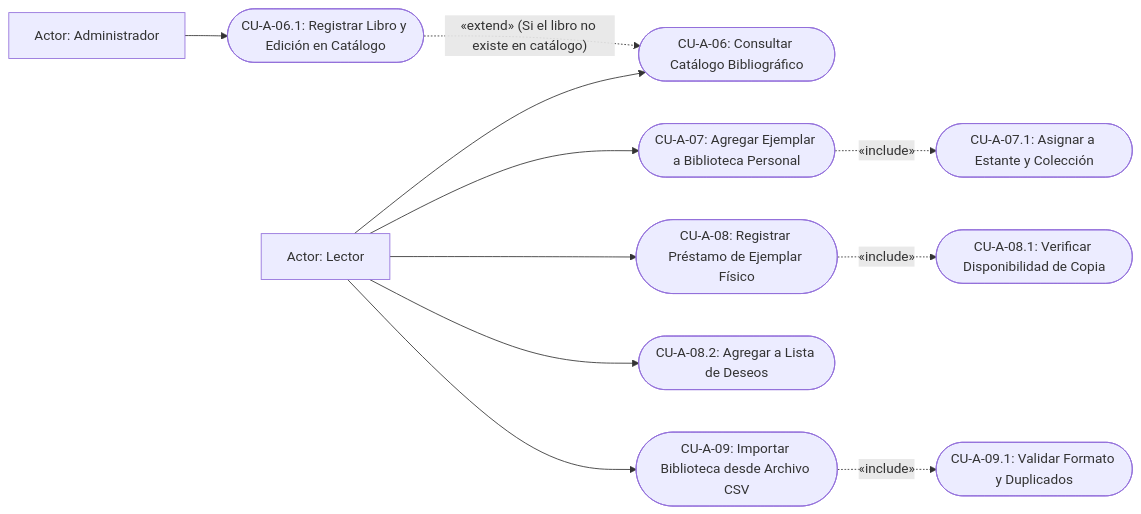
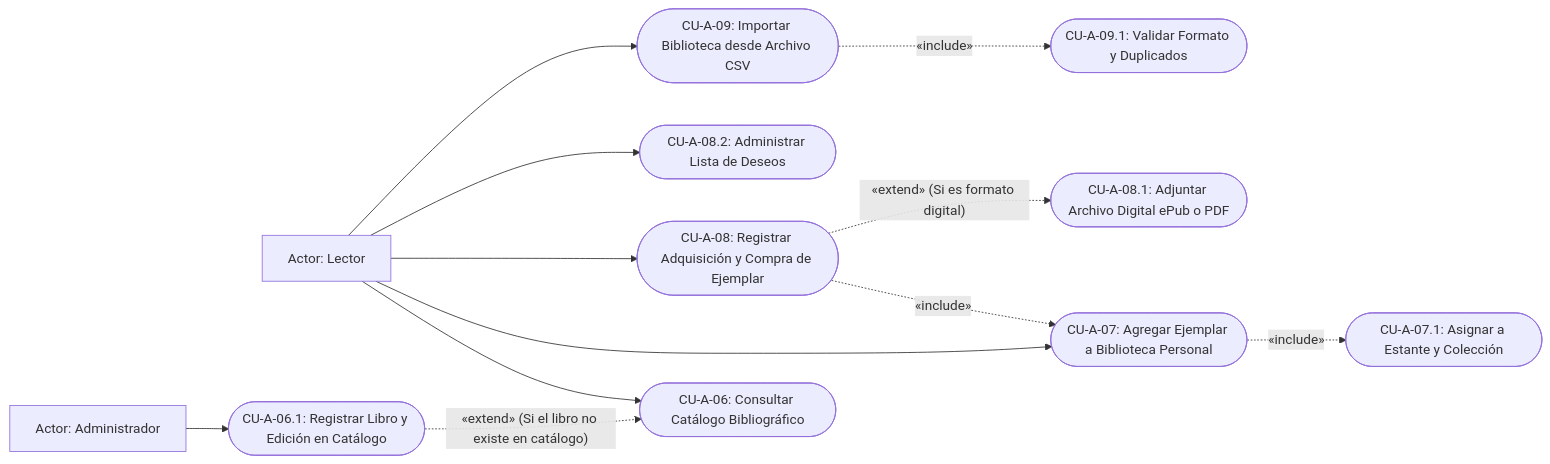
One commit to Nataliadleon/Proyecto-integrador changed the third of 6 diagrams in AMSI/1.2 Modelado del Negocio y Casos de Uso.md. Above: the diagram before and after it, drawn with Mermaid. The commit also changed other lines of this file and 3 other files, not shown here.

````diff
--- a/AMSI/1.2 Modelado del Negocio y Casos de Uso.md
+++ b/AMSI/1.2 Modelado del Negocio y Casos de Uso.md
@@ -92,27 +92,28 @@
 ```mermaid
 flowchart LR
     Lector["Actor: Lector"]
     Admin["Actor: Administrador"]
 
     CU_BuscarLibro(["CU-A-06: Consultar Catálogo Bibliográfico"])
     CU_AltaLibro(["CU-A-06.1: Registrar Libro y Edición en Catálogo"])
     CU_AgregarBiblioteca(["CU-A-07: Agregar Ejemplar a Biblioteca Personal"])
     CU_OrganizarEstantes(["CU-A-07.1: Asignar a Estante y Colección"])
-    CU_Prestamo(["CU-A-08: Registrar Préstamo de Ejemplar Físico"])
-    CU_ValidarDisp(["CU-A-08.1: Verificar Disponibilidad de Copia"])
-    CU_Wishlist(["CU-A-08.2: Agregar a Lista de Deseos"])
+    CU_Adquisicion(["CU-A-08: Registrar Adquisición y Compra de Ejemplar"])
+    CU_ArchivoDigital(["CU-A-08.1: Adjuntar Archivo Digital ePub o PDF"])
+    CU_Wishlist(["CU-A-08.2: Administrar Lista de Deseos"])
     CU_Importar(["CU-A-09: Importar Biblioteca desde Archivo CSV"])
     CU_ValidarCSV(["CU-A-09.1: Validar Formato y Duplicados"])
 
     Lector --> CU_BuscarLibro
     Lector --> CU_AgregarBiblioteca
-    Lector --> CU_Prestamo
+    Lector --> CU_Adquisicion
     Lector --> CU_Wishlist
     Lector --> CU_Importar
     Admin --> CU_AltaLibro
 
     CU_AgregarBiblioteca -.->|"«include»"| CU_OrganizarEstantes
-    CU_Prestamo -.->|"«include»"| CU_ValidarDisp
+    CU_Adquisicion -.->|"«include»"| CU_AgregarBiblioteca
+    CU_Adquisicion -.->|"«extend» (Si es formato digital)"| CU_ArchivoDigital
     CU_Importar -.->|"«include»"| CU_ValidarCSV
     CU_AltaLibro -.->|"«extend» (Si el libro no existe en catálogo)"| CU_BuscarLibro
 ```
````
